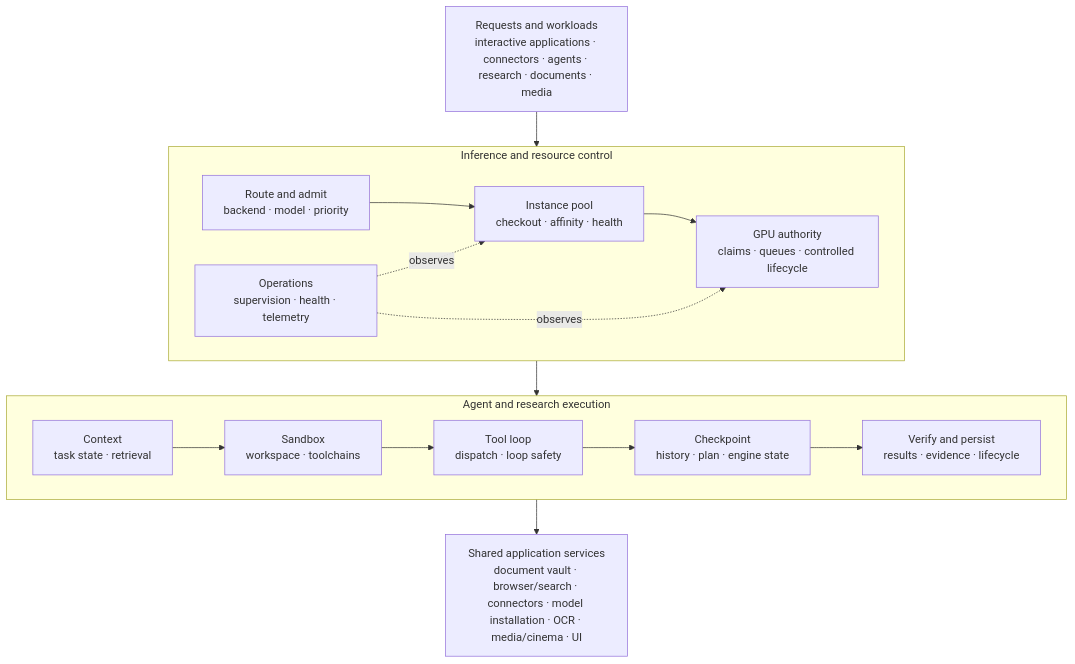
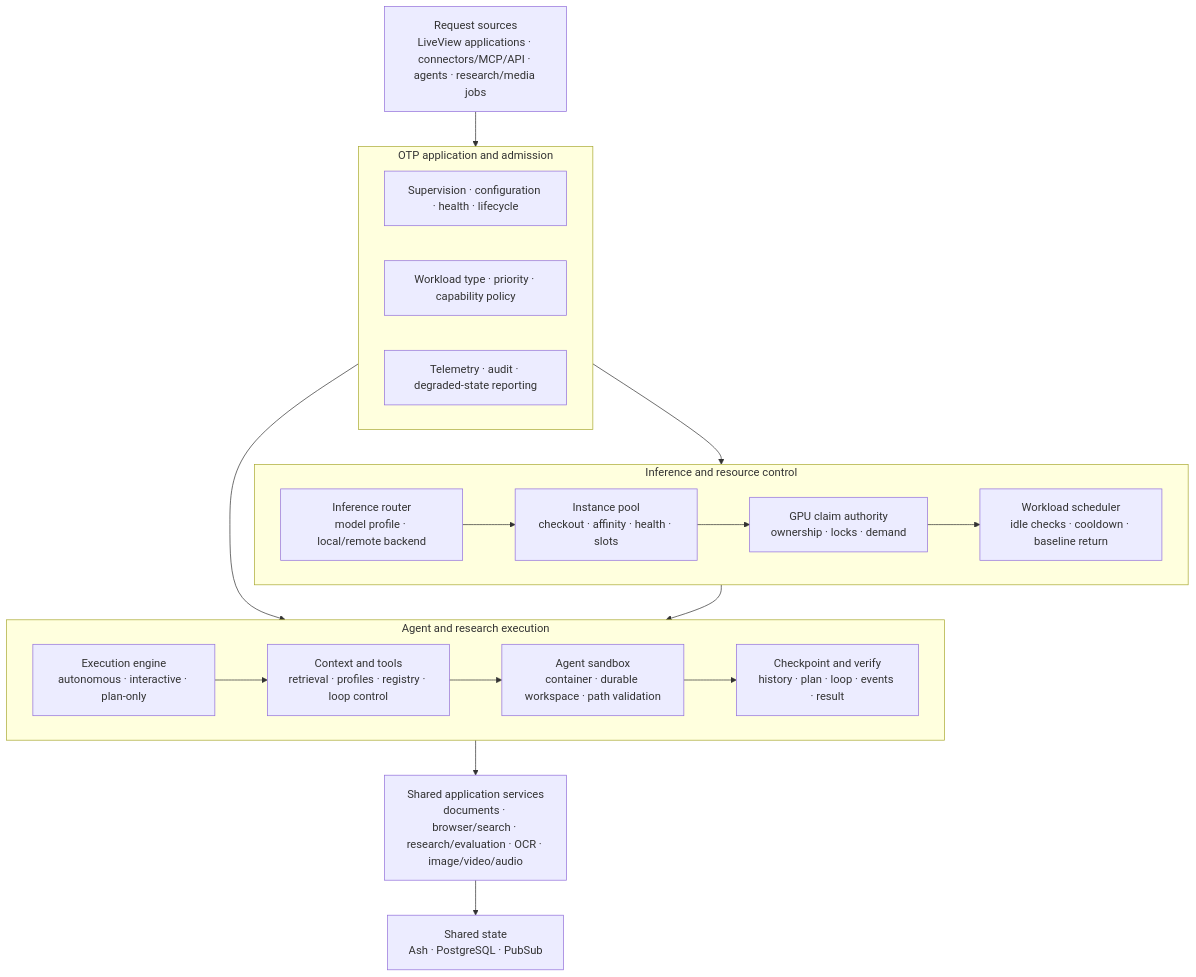
One commit to wahargis/portfolio changed the diagram in homecloud/assets/diagrams/architecture.mmd. Above: the diagram before and after it, drawn with Mermaid. The commit also changed 39 other files, not shown here.

```diff
--- a/homecloud/assets/diagrams/architecture.mmd
+++ b/homecloud/assets/diagrams/architecture.mmd
@@ -1,27 +1,34 @@
 flowchart TB
-    A["Requests and workloads<br/>interactive applications · connectors · agents · research · documents · media"]
+    A["Request sources<br/>LiveView applications · connectors/MCP/API · agents · research/media jobs"]
 
-    subgraph C["Inference and resource control"]
-      C1["Route and admit<br/>backend · model · priority"]
-      C2["Instance pool<br/>checkout · affinity · health"]
-      C3["GPU authority<br/>claims · queues · controlled lifecycle"]
-      C4["Operations<br/>supervision · health · telemetry"]
-      C1 --> C2 --> C3
-      C4 -. observes .-> C2
-      C4 -. observes .-> C3
+    subgraph O["OTP application and admission"]
+      O1["Supervision · configuration · health · lifecycle"]
+      O2["Workload type · priority · capability policy"]
+      O3["Telemetry · audit · degraded-state reporting"]
+    end
+
+    subgraph R["Inference and resource control"]
+      R1["Inference router<br/>model profile · local/remote backend"]
+      R2["Instance pool<br/>checkout · affinity · health · slots"]
+      R3["GPU claim authority<br/>ownership · locks · demand"]
+      R4["Workload scheduler<br/>idle checks · cooldown · baseline return"]
+      R1 --> R2 --> R3 --> R4
     end
 
     subgraph E["Agent and research execution"]
-      E1["Context<br/>task state · retrieval"]
-      E2["Sandbox<br/>workspace · toolchains"]
-      E3["Tool loop<br/>dispatch · loop safety"]
-      E4["Checkpoint<br/>history · plan · engine state"]
-      E5["Verify and persist<br/>results · evidence · lifecycle"]
-      E1 --> E2 --> E3 --> E4 --> E5
+      E1["Execution engine<br/>autonomous · interactive · plan-only"]
+      E2["Context and tools<br/>retrieval · profiles · registry · loop control"]
+      E3["Agent sandbox<br/>container · durable workspace · path validation"]
+      E4["Checkpoint and verify<br/>history · plan · loop · events · result"]
+      E1 --> E2 --> E3 --> E4
     end
 
-    S["Shared application services<br/>document vault · browser/search · connectors · model installation · OCR · media/cinema · UI"]
+    S["Shared application services<br/>documents · browser/search · research/evaluation · OCR · image/video/audio"]
+    P["Shared state<br/>Ash · PostgreSQL · PubSub"]
 
-    A --> C
-    C --> E
+    A --> O
+    O --> R
+    O --> E
+    R --> E
     E --> S
+    S --> P
```
